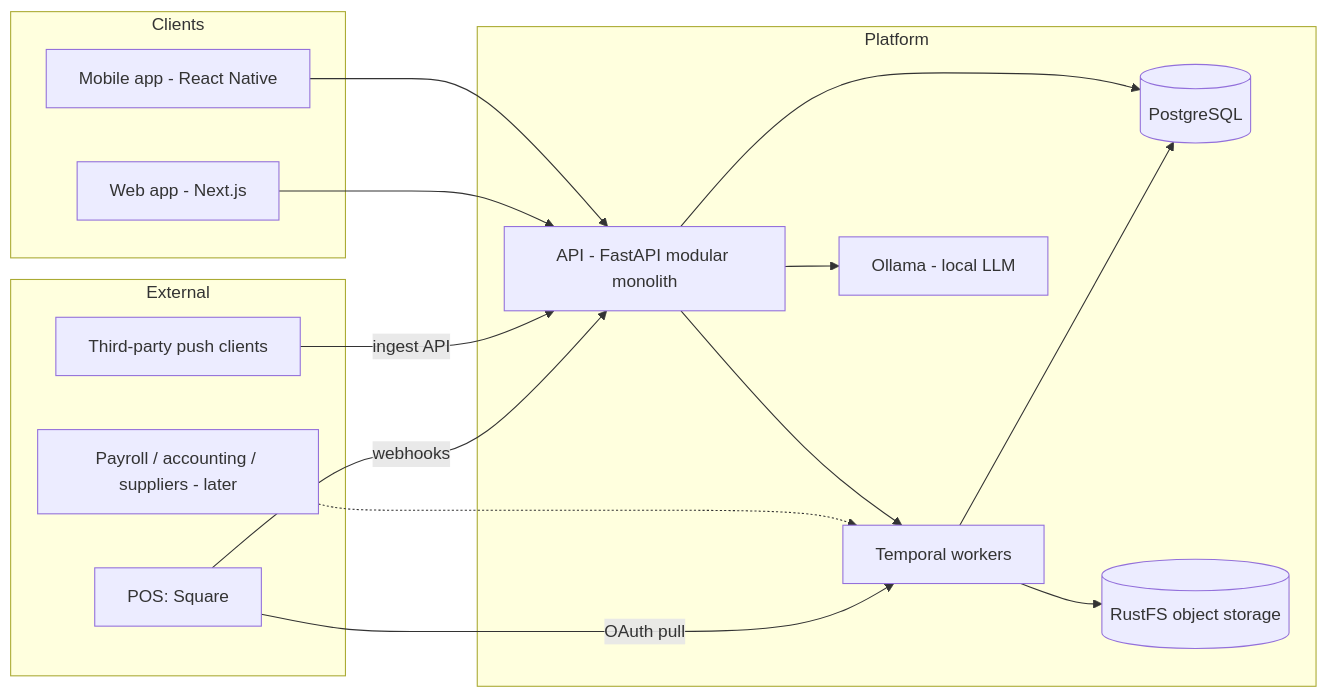
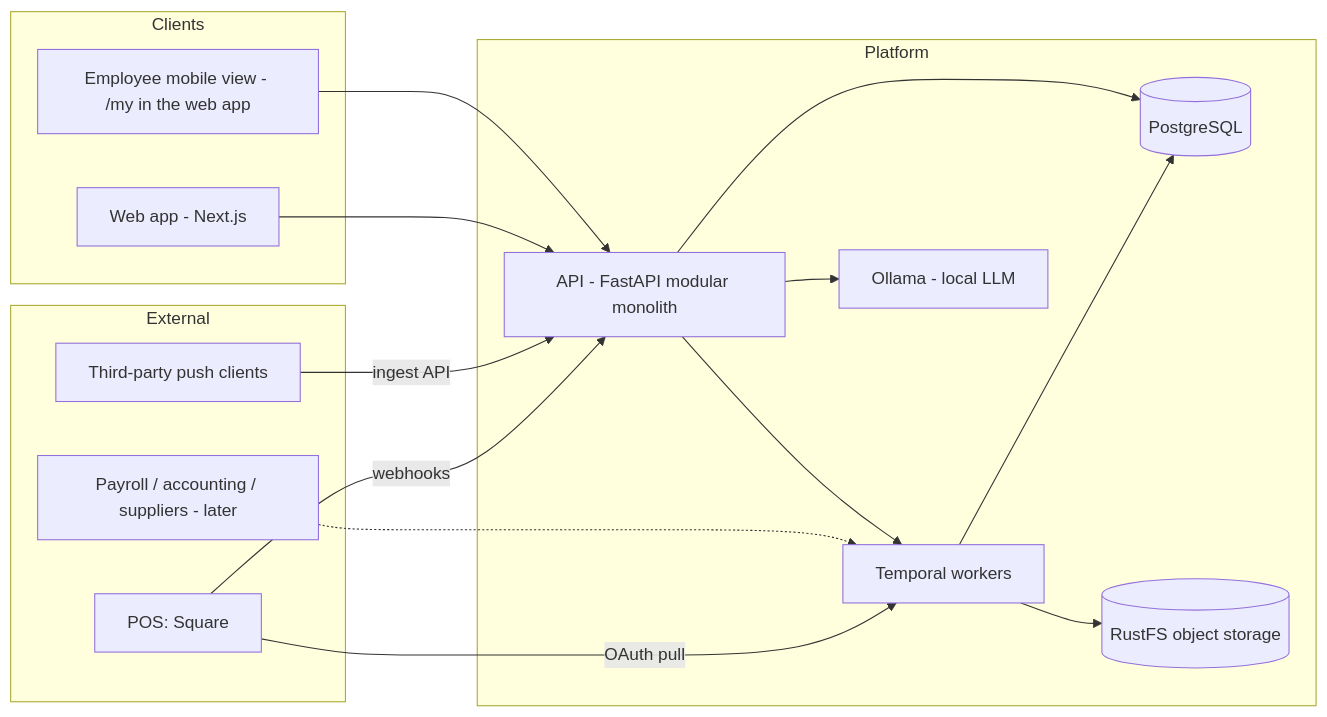
The diagram in docs/architecture.md (emd5953/ChefOS), drawn with Mermaid before and after one commit. The commit also changed other lines of this file and 30 other files, not shown here.

Commit message:
Publish schedules with change alerts and the employee mobile view (T4)

````diff
--- a/docs/architecture.md
+++ b/docs/architecture.md
@@ -12,33 +12,33 @@
 ```mermaid
 flowchart LR
     subgraph External
       POS[POS: Square]
       PAY[Payroll / accounting / suppliers - later]
       PUSH[Third-party push clients]
     end
 
     subgraph Clients
       WEB[Web app - Next.js]
-      MOB[Mobile app - React Native]
+      MOB[Employee mobile view - /my in the web app]
     end
 
     subgraph Platform
       API[API - FastAPI modular monolith]
       WK[Temporal workers]
       DB[(PostgreSQL)]
       S3[(RustFS object storage)]
       LLM[Ollama - local LLM]
     end
 
     POS -- OAuth pull --> WK
     POS -- webhooks --> API
     PUSH -- ingest API --> API
     PAY -.-> WK
     API --> WK
     WK --> DB
     WK --> S3
     API --> DB
     WEB --> API
     MOB --> API
     API --> LLM
 ```
````
